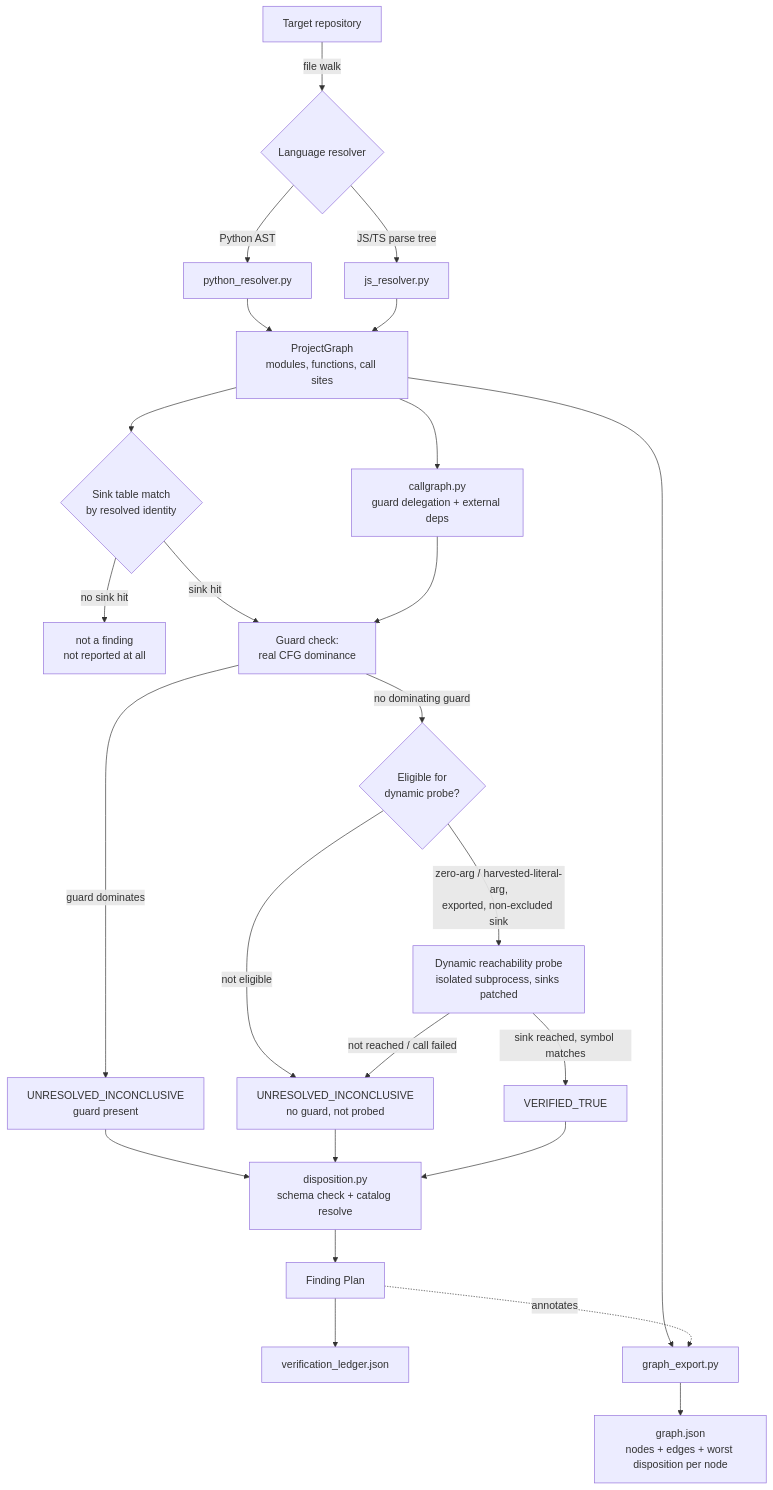
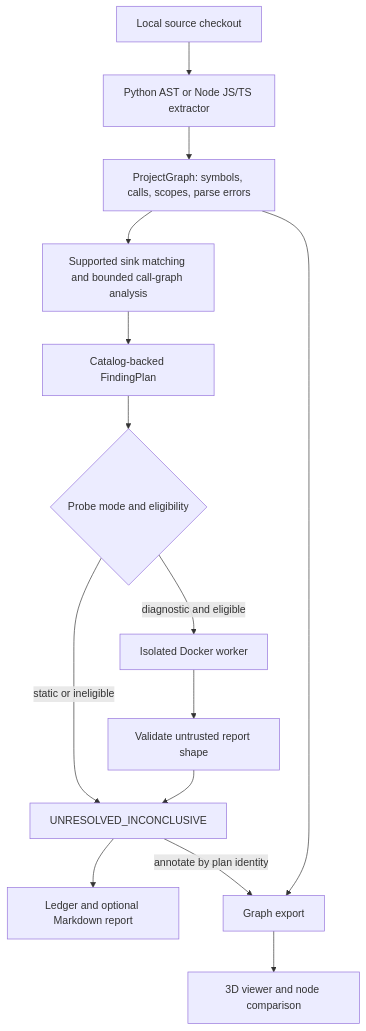
Before and after one commit to holeyfield33-art/code-sentinel: the diagram in docs/ARCHITECTURE.md, drawn with Mermaid. The commit also changed other lines of this file and 18 other files, not shown here.

````diff
--- a/docs/ARCHITECTURE.md
+++ b/docs/ARCHITECTURE.md
@@ -69,27 +10,16 @@
 ```mermaid
 flowchart TD
-    A[Target repository] -->|file walk| B{Language resolver}
-    B -->|Python AST| C[python_resolver.py]
-    B -->|JS/TS parse tree| D[js_resolver.py]
-    C --> E[ProjectGraph<br/>modules, functions, call sites]
-    D --> E
-    E --> F[callgraph.py<br/>guard delegation + external deps]
-    E --> G{Sink table match<br/>by resolved identity}
-    G -->|no sink hit| H[not a finding<br/>not reported at all]
-    G -->|sink hit| I[Guard check:<br/>real CFG dominance]
-    F --> I
-    I -->|guard dominates| J[UNRESOLVED_INCONCLUSIVE<br/>guard present]
-    I -->|no dominating guard| K{Eligible for<br/>dynamic probe?}
-    K -->|zero-arg / harvested-literal-arg,<br/>exported, non-excluded sink| L[Dynamic reachability probe<br/>isolated subprocess, sinks patched]
-    K -->|not eligible| M[UNRESOLVED_INCONCLUSIVE<br/>no guard, not probed]
-    L -->|sink reached, symbol matches| N[VERIFIED_TRUE]
-    L -->|not reached / call failed| M
-    J --> O[disposition.py<br/>schema check + catalog resolve]
-    M --> O
-    N --> O
-    O --> P[Finding Plan]
-    P --> Q[verification_ledger.json]
-    E --> R[graph_export.py]
-    P -.annotates.-> R
-    R --> S[graph.json<br/>nodes + edges + worst disposition per node]
+    A[Local source checkout] --> B[Python AST or Node JS/TS extractor]
+    B --> C[ProjectGraph: symbols, calls, scopes, parse errors]
+    C --> D[Supported sink matching and bounded call-graph analysis]
+    D --> E[Catalog-backed FindingPlan]
+    E --> F{Probe mode and eligibility}
+    F -->|static or ineligible| G[UNRESOLVED_INCONCLUSIVE]
+    F -->|diagnostic and eligible| H[Isolated Docker worker]
+    H --> I[Validate untrusted report shape]
+    I --> G
+    G --> J[Ledger and optional Markdown report]
+    C --> K[Graph export]
+    G -->|annotate by plan identity| K
+    K --> L[3D viewer and node comparison]
 ```
````
